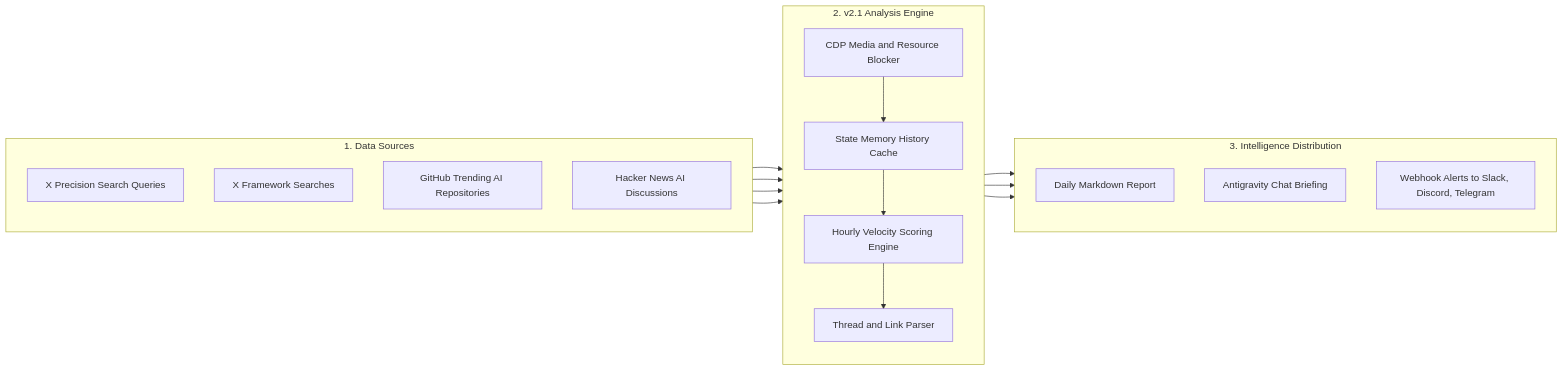
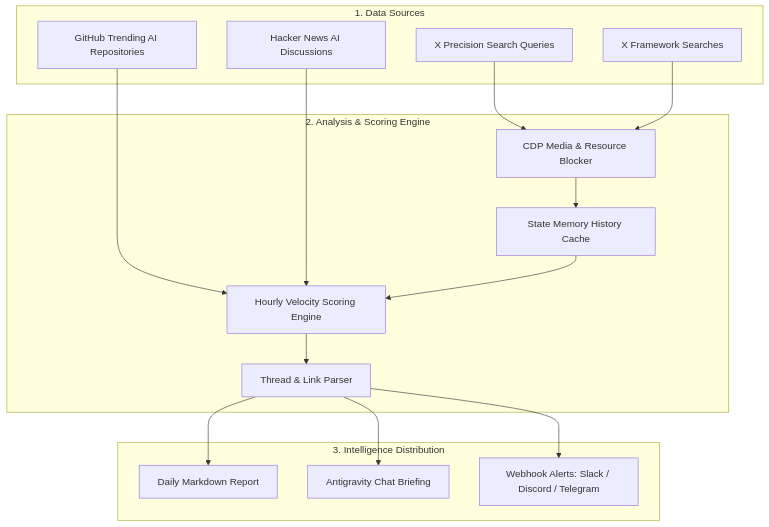
Before and after one commit to nanbada/X-AI-Radar: the diagram in README.md, drawn with Mermaid. The commit also changed 2 other files, not shown here.

Commit message:
fix(docs): remove direction TB from subgraphs to fix GitHub Mermaid rendering

````diff
--- a/README.md
+++ b/README.md
@@ -48,36 +48,33 @@
 ```mermaid
-flowchart LR
-    subgraph Sources ["1. Data Sources"]
-        direction TB
+flowchart TD
+    subgraph Sources["1. Data Sources"]
         A1["X Precision Search Queries"]
         A2["X Framework Searches"]
         A3["GitHub Trending AI Repositories"]
         A4["Hacker News AI Discussions"]
     end
 
-    subgraph Core ["2. v2.1 Analysis Engine"]
-        direction TB
-        B1["CDP Media and Resource Blocker"]
+    subgraph Core["2. Analysis & Scoring Engine"]
+        B1["CDP Media & Resource Blocker"]
         B2["State Memory History Cache"]
         B3["Hourly Velocity Scoring Engine"]
-        B4["Thread and Link Parser"]
+        B4["Thread & Link Parser"]
     end
 
-    subgraph Outputs ["3. Intelligence Distribution"]
-        direction TB
+    subgraph Outputs["3. Intelligence Distribution"]
         C1["Daily Markdown Report"]
         C2["Antigravity Chat Briefing"]
-        C3["Webhook Alerts to Slack, Discord, Telegram"]
+        C3["Webhook Alerts: Slack / Discord / Telegram"]
     end
 
     A1 --> B1
     A2 --> B1
     A3 --> B3
     A4 --> B3
     B1 --> B2
     B2 --> B3
     B3 --> B4
     B4 --> C1
     B4 --> C2
     B4 --> C3
 ```
````
